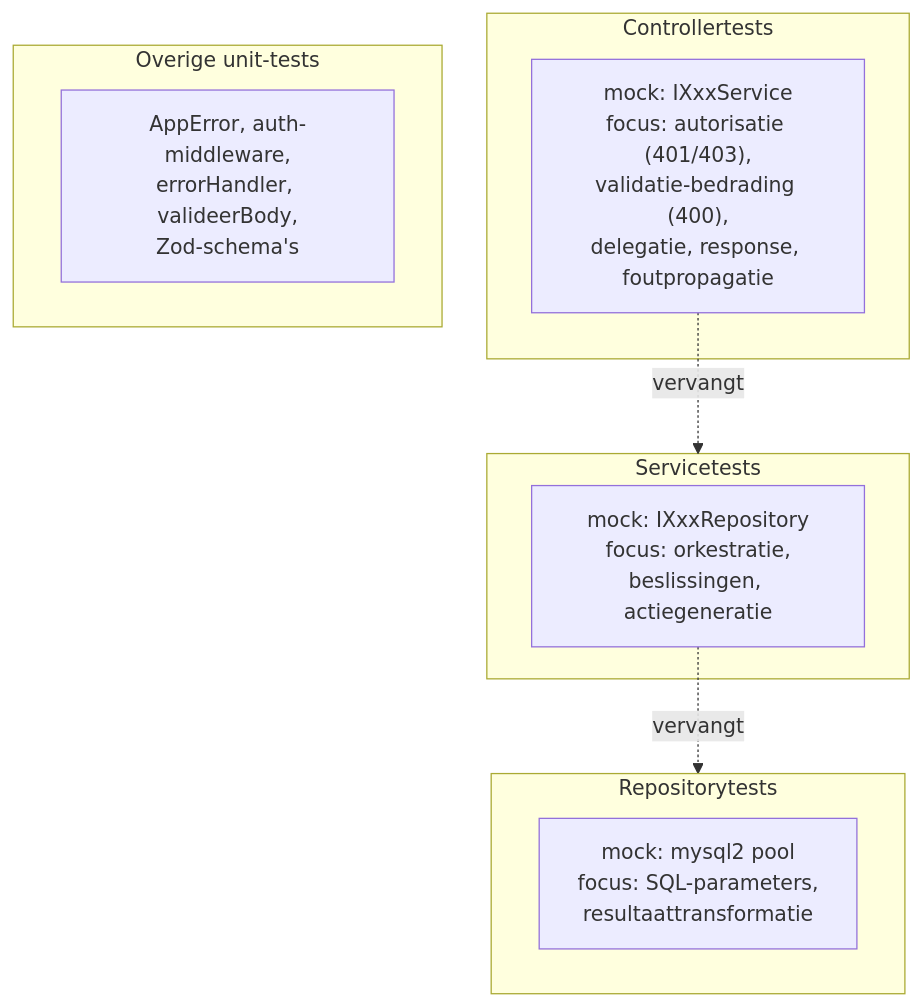
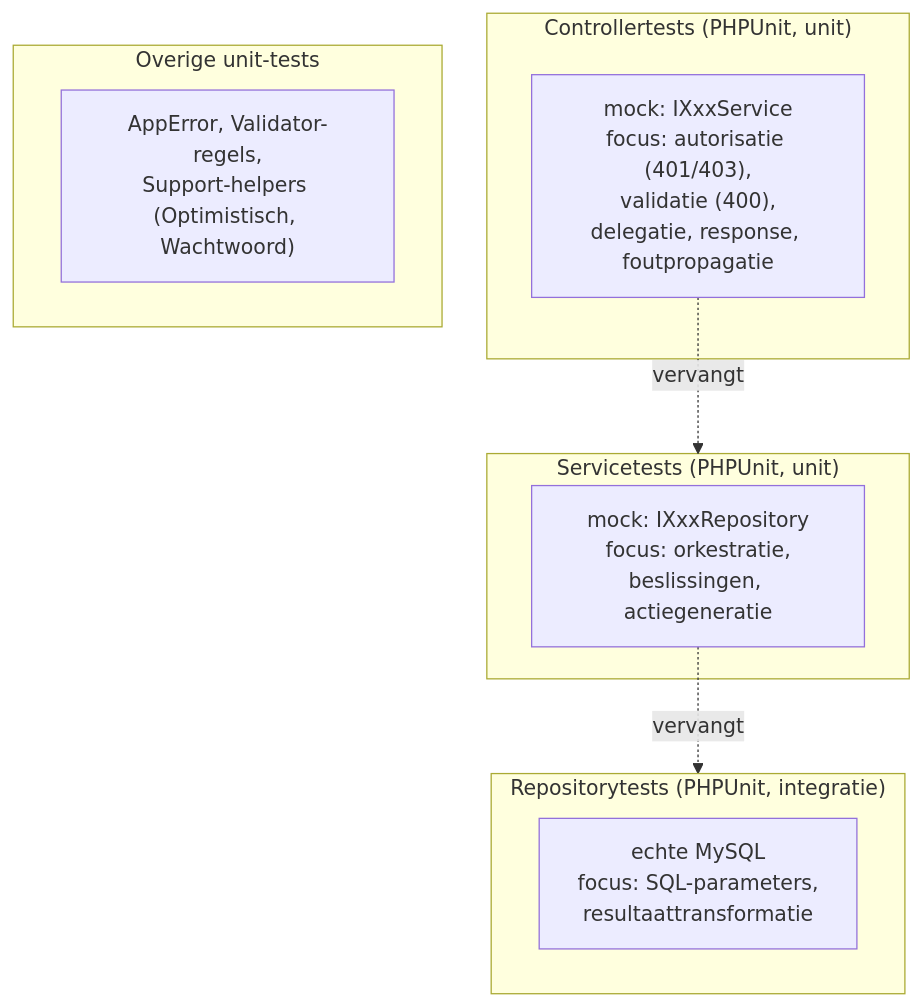
One commit to pjgheijmans/NewSiteWaterbeheerDeBercken changed the diagram in docs/architecture/testing.md. Above: the diagram before and after it, drawn with Mermaid. The commit also changed other lines of this file and 5 other files, not shown here.

First line of the commit message:
docs: werk architectuurdocs bij naar de PHP-backend

````diff
--- a/docs/architecture/testing.md
+++ b/docs/architecture/testing.md
@@ -17,18 +24,18 @@
 ```mermaid
 graph TB
-    subgraph Ctrl["Controllertests"]
-        CT["mock: IXxxService\nfocus: autorisatie (401/403),\nvalidatie-bedrading (400),\ndelegatie, response, foutpropagatie"]
+    subgraph Ctrl["Controllertests (PHPUnit, unit)"]
+        CT["mock: IXxxService\nfocus: autorisatie (401/403),\nvalidatie (400),\ndelegatie, response, foutpropagatie"]
     end
-    subgraph Svc["Servicetests"]
+    subgraph Svc["Servicetests (PHPUnit, unit)"]
         ST["mock: IXxxRepository\nfocus: orkestratie,\nbeslissingen, actiegeneratie"]
     end
-    subgraph Repo["Repositorytests"]
-        RT["mock: mysql2 pool\nfocus: SQL-parameters,\nresultaattransformatie"]
+    subgraph Repo["Repositorytests (PHPUnit, integratie)"]
+        RT["echte MySQL\nfocus: SQL-parameters,\nresultaattransformatie"]
     end
     subgraph Overig["Overige unit-tests"]
-        OT["AppError, auth-middleware,\nerrorHandler, valideerBody,\nZod-schema's"]
+        OT["AppError, Validator-regels,\nSupport-helpers (Optimistisch, Wachtwoord)"]
     end
 
     CT -.->|"vervangt"| Svc
     ST -.->|"vervangt"| Repo
 ```
````
